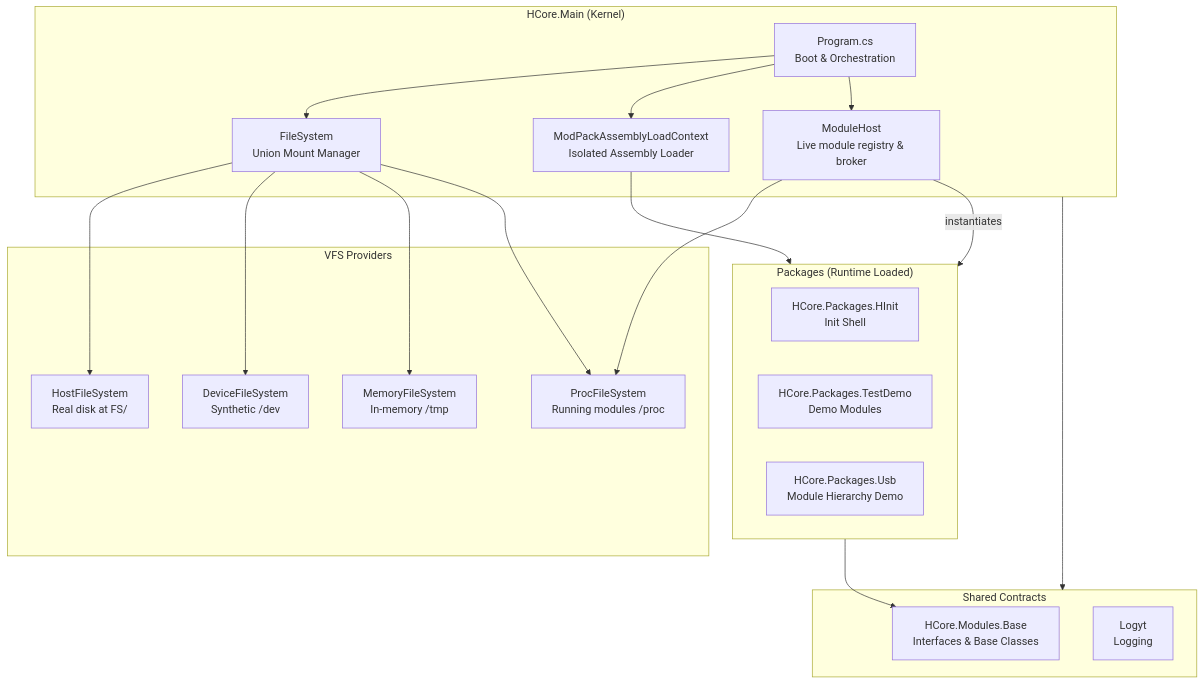
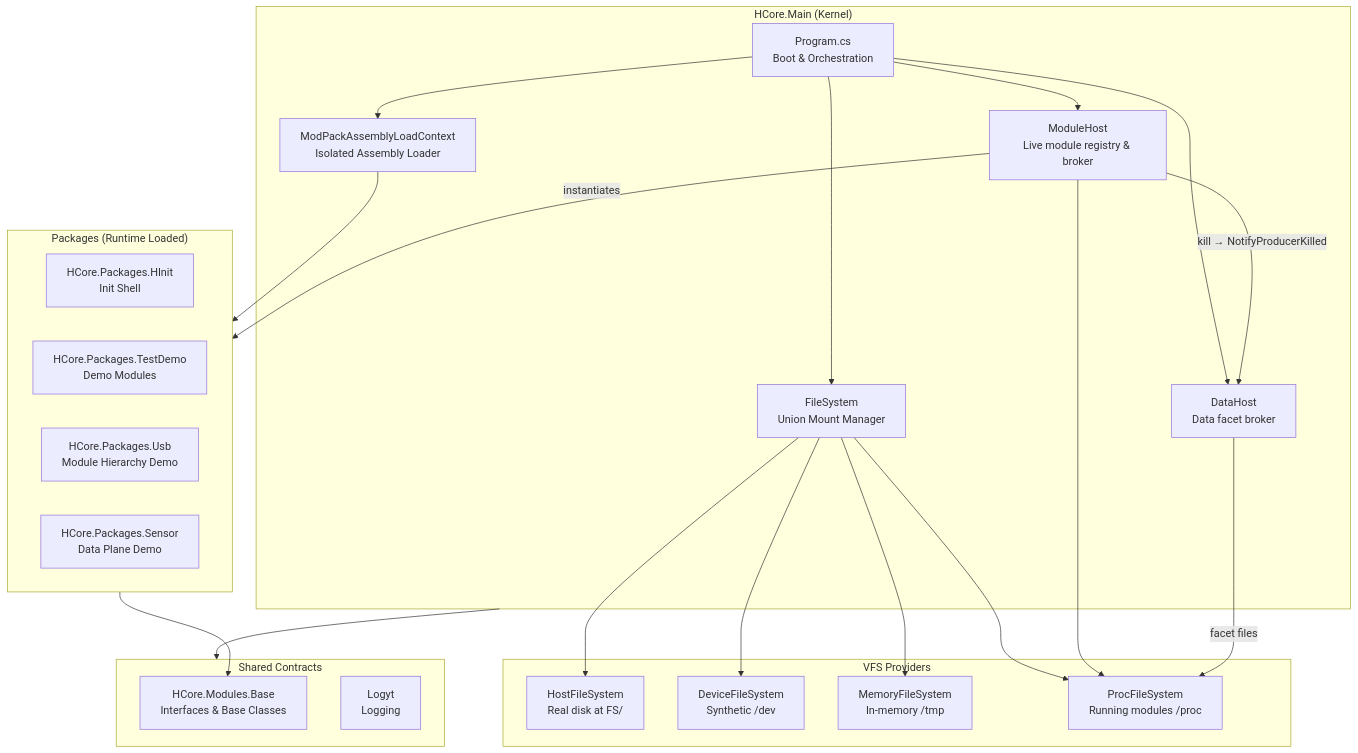
Before and after one commit to Ardumine/hcore: the first of 8 diagrams in docs/ARCHITECTURE.md, drawn with Mermaid. The commit also changed other lines of this file and 38 other files, not shown here.

Commit message:
Add data expose. Includes docs, events and a demo.

````diff
--- a/docs/ARCHITECTURE.md
+++ b/docs/ARCHITECTURE.md
@@ -7,40 +7,45 @@
 ```mermaid
 graph TB
     subgraph Kernel["HCore.Main (Kernel)"]
         Program[Program.cs<br/>Boot & Orchestration]
         VFS[FileSystem<br/>Union Mount Manager]
         Loader[ModPackAssemblyLoadContext<br/>Isolated Assembly Loader]
         MHost[ModuleHost<br/>Live module registry & broker]
+        DHost[DataHost<br/>Data facet broker]
     end
 
     subgraph VFSProviders["VFS Providers"]
         Host[HostFileSystem<br/>Real disk at FS/]
         Dev[DeviceFileSystem<br/>Synthetic /dev]
         Mem[MemoryFileSystem<br/>In-memory /tmp]
         Proc[ProcFileSystem<br/>Running modules /proc]
     end
 
     subgraph Packages["Packages (Runtime Loaded)"]
         HInit[HCore.Packages.HInit<br/>Init Shell]
         TestDemo[HCore.Packages.TestDemo<br/>Demo Modules]
         Usb[HCore.Packages.Usb<br/>Module Hierarchy Demo]
+        Sensor[HCore.Packages.Sensor<br/>Data Plane Demo]
     end
 
     subgraph Shared["Shared Contracts"]
         Base[HCore.Modules.Base<br/>Interfaces & Base Classes]
         Logyt[Logyt<br/>Logging]
     end
 
     Program --> VFS
     Program --> Loader
     Program --> MHost
+    Program --> DHost
     VFS --> Host
     VFS --> Dev
     VFS --> Mem
     VFS --> Proc
     Loader --> Packages
     MHost -->|instantiates| Packages
     MHost --> Proc
+    MHost -->|kill → NotifyProducerKilled| DHost
+    DHost -->|facet files| Proc
     Kernel --> Shared
     Packages --> Base
 ```
````
